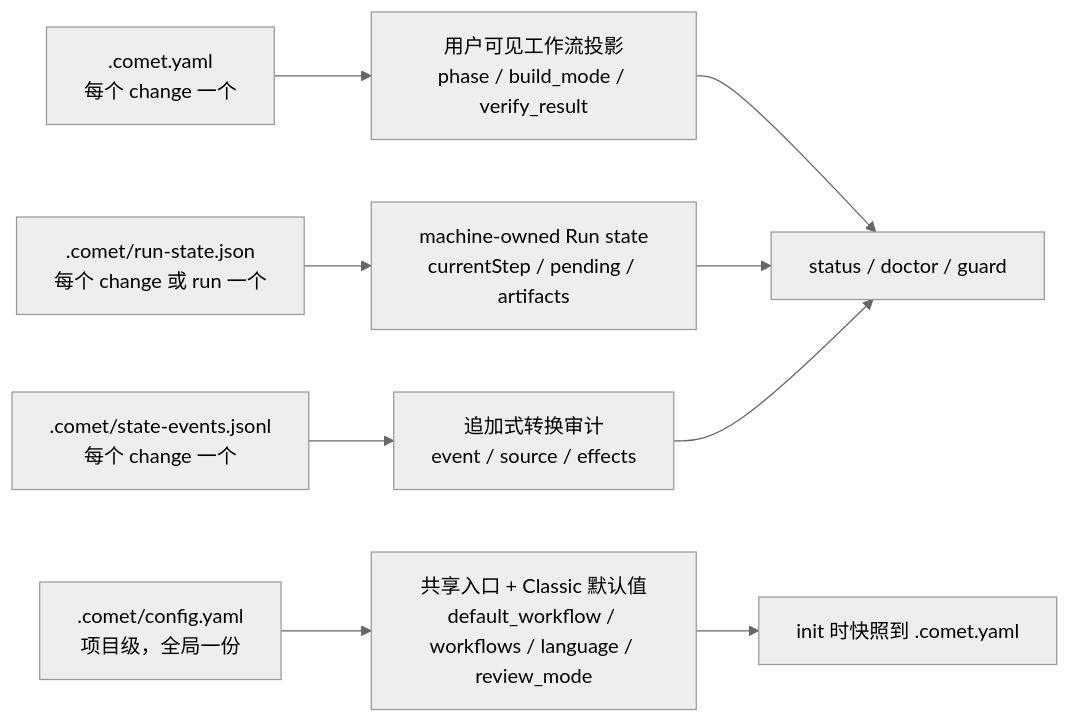
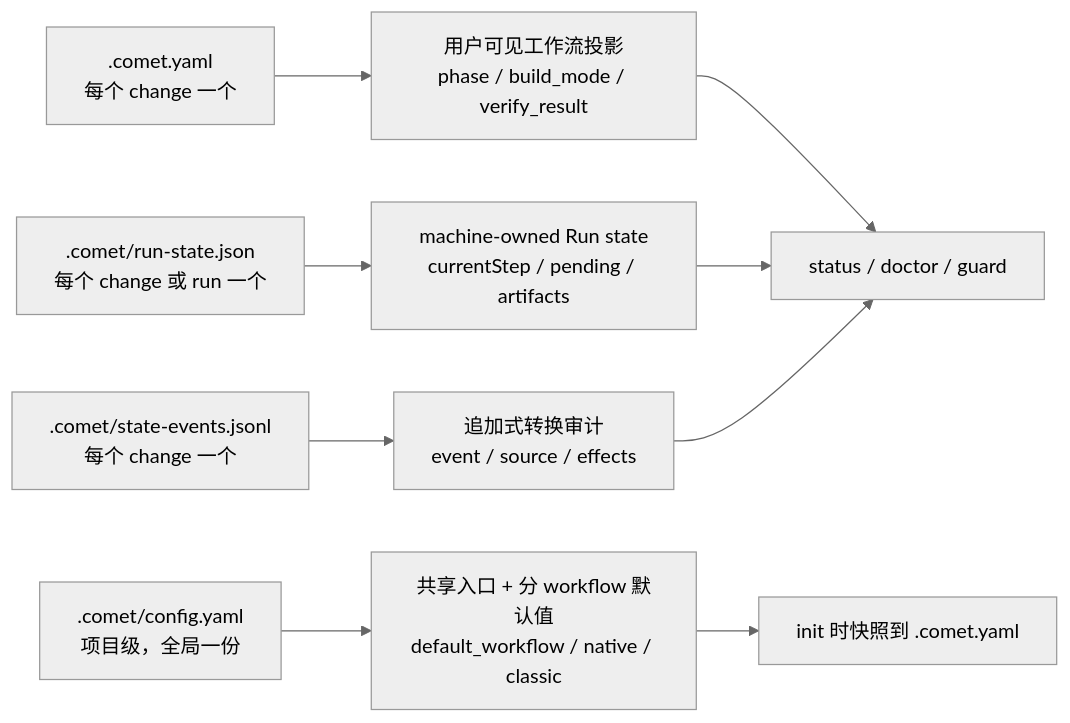
Before and after one commit to rpamis/comet-website-docs: the diagram in zh/concepts/state-management.mdx, drawn with Mermaid (neutral theme). The commit also changed other lines of this file and 48 other files, not shown here.

````diff
--- a/zh/concepts/state-management.mdx
+++ b/zh/concepts/state-management.mdx
@@ -43,11 +46,11 @@
 ```mermaid
 flowchart LR
   A[".comet.yaml<br/>每个 change 一个"] --> B["用户可见工作流投影<br/>phase / build_mode / verify_result"]
   C[".comet/run-state.json<br/>每个 change 或 run 一个"] --> D["machine-owned Run state<br/>currentStep / pending / artifacts"]
   E[".comet/state-events.jsonl<br/>每个 change 一个"] --> F["追加式转换审计<br/>event / source / effects"]
-  H[".comet/config.yaml<br/>项目级，全局一份"] --> I["共享入口 + Classic 默认值<br/>default_workflow / workflows / language / review_mode"]
+  H[".comet/config.yaml<br/>项目级，全局一份"] --> I["共享入口 + 分 workflow 默认值<br/>default_workflow / native / classic"]
   B --> G["status / doctor / guard"]
   D --> G
   F --> G
   I --> J["init 时快照到 .comet.yaml"]
 ```
````
